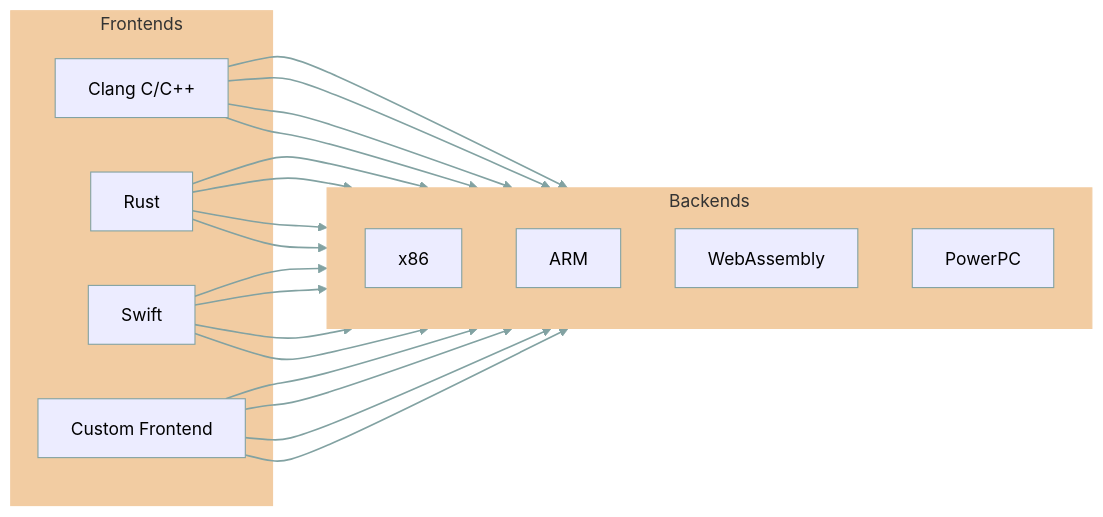
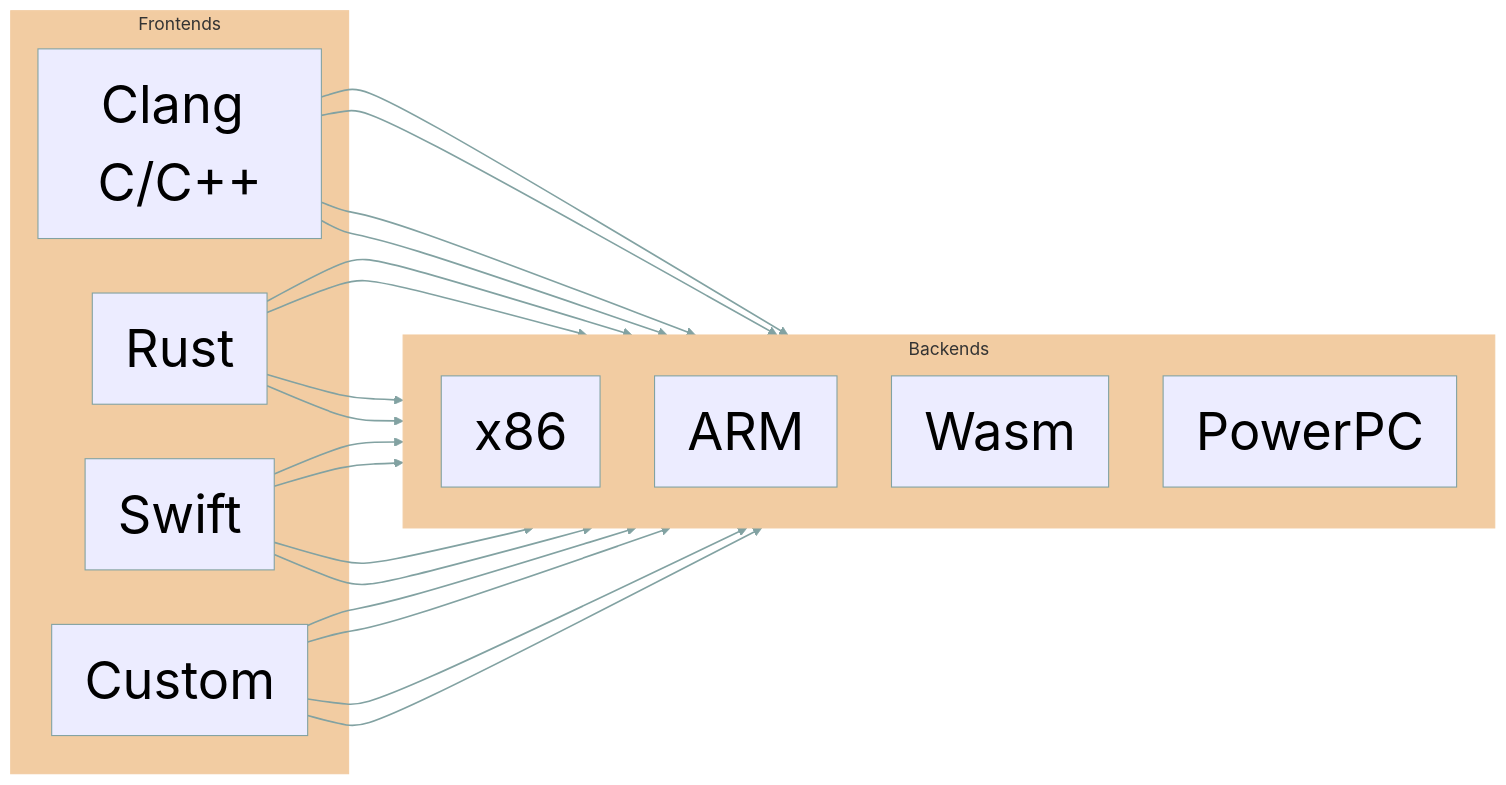
Before and after one commit to unitaryfund/ucc-fosdem: the third of 4 diagrams in ucc.qmd, drawn with Mermaid. The commit also changed other lines of this file and 4 other files, not shown here.

Commit message:
better diagrams

````diff
--- a/ucc.qmd
+++ b/ucc.qmd
@@ -132,52 +183,55 @@
 ```{mermaid}
 graph LR
     style Frontends fill:#F2CCA2,stroke:#F2CCA2
     style Backends fill:#F2CCA2,stroke:#F2CCA2
 
     style A stroke:#82A2A2,color:black
     style B stroke:#82A2A2,color:black
     style C stroke:#82A2A2,color:black
     style D stroke:#82A2A2,color:black
 
     style H stroke:#82A2A2,color:black
     style I stroke:#82A2A2,color:black
     style J stroke:#82A2A2,color:black
     style K stroke:#82A2A2,color:black
 
     linkStyle default stroke:#82A2A2,stroke-width:1.5
 
+    classDef largeFont font-size:48px;
+    class A,B,C,D,H,I,J,K largeFont
+
     subgraph Frontends
         A[Clang C/C++]
         B[Rust]
         C[Swift]
-        D[Custom Frontend]
+        D[Custom]
     end
 
     subgraph Backends
         direction TB
         H[x86]
         I[ARM]
-        J[WebAssembly]
+        J[Wasm]
         K[PowerPC]
     end
 
     A -->| | H
     B -->| | H
     C -->| | H
     D -->| | H
 
     A -->| | I
     B -->| | I
     C -->| | I
     D -->| | I
 
     A -->| | J
     B -->| | J
     C -->| | J
     D -->| | J
 
     A -->| | K
     B -->| | K
     C -->| | K
     D -->| | K
 ```
````
